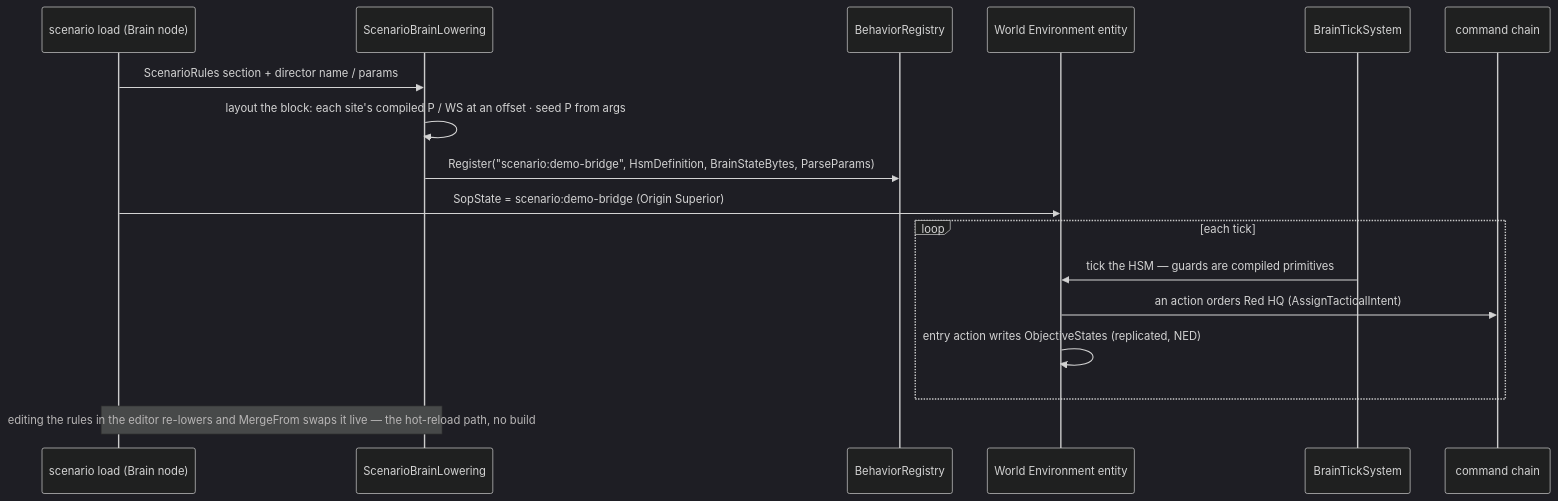
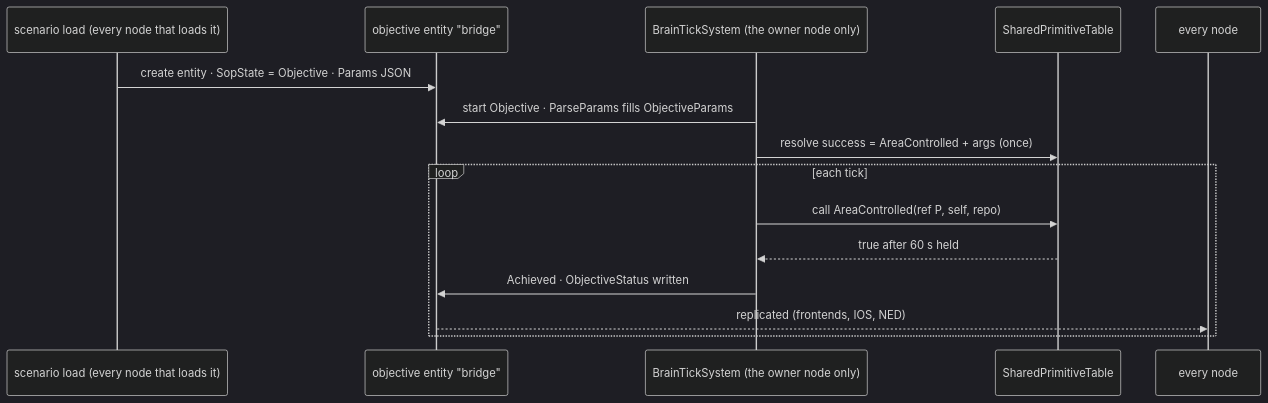
The second of 3 diagrams in docs/DESIGN_Scenario_Rules.md (pjanec/HROT), drawn with Mermaid (dark theme) before and after one commit. The commit also changed other lines of this file and 2 other files, not shown here.

First line of the commit message:
docs(scenario rules rev 4): generic behaviours composed by params, conditions by reference — nothing compiles per scenario (R-4112)

````diff
--- a/docs/DESIGN_Scenario_Rules.md
+++ b/docs/DESIGN_Scenario_Rules.md
@@ -149,19 +140,17 @@
 ```mermaid
 sequenceDiagram
-    participant L as scenario load (Brain node)
-    participant LOW as ScenarioBrainLowering
-    participant R as BehaviorRegistry
-    participant W as World Environment entity
-    participant B as BrainTickSystem
-    participant C as command chain
-    L->>LOW: ScenarioRules section + director name / params
-    LOW->>LOW: layout the block: each site's compiled P / WS at an offset · seed P from args
-    LOW->>R: Register("scenario:demo-bridge", HsmDefinition, BrainStateBytes, ParseParams)
-    L->>W: SopState = scenario:demo-bridge (Origin Superior)
+    participant S as scenario load (every node that loads it)
+    participant E as objective entity "bridge"
+    participant B as BrainTickSystem (the owner node only)
+    participant T as SharedPrimitiveTable
+    participant N as every node
+    S->>E: create entity · SopState = Objective · Params JSON
+    B->>E: start Objective · ParseParams fills ObjectiveParams
+    B->>T: resolve success = AreaControlled + args (once)
     loop each tick
-        B->>W: tick the HSM — guards are compiled primitives
-        W->>C: an action orders Red HQ (AssignTacticalIntent)
-        W->>W: entry action writes ObjectiveStates (replicated, NED)
+        B->>T: call AreaControlled(ref P, self, repo)
+        T-->>B: true after 60 s held
+        B->>E: Achieved · ObjectiveStatus written
+        E-->>N: replicated (frontends, IOS, NED)
     end
-    Note over L,LOW: editing the rules in the editor re-lowers and MergeFrom swaps it live — the hot-reload path, no build
 ```
````
